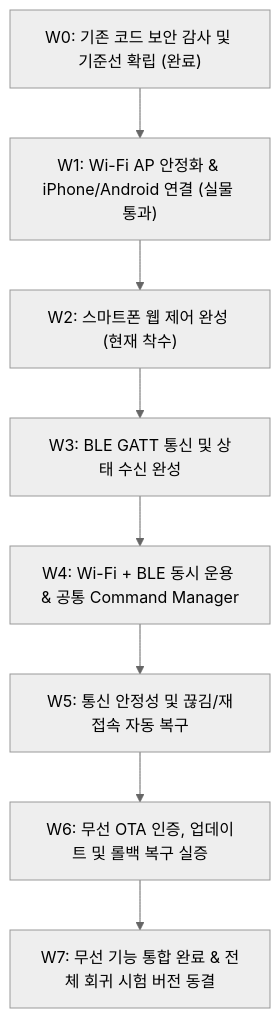
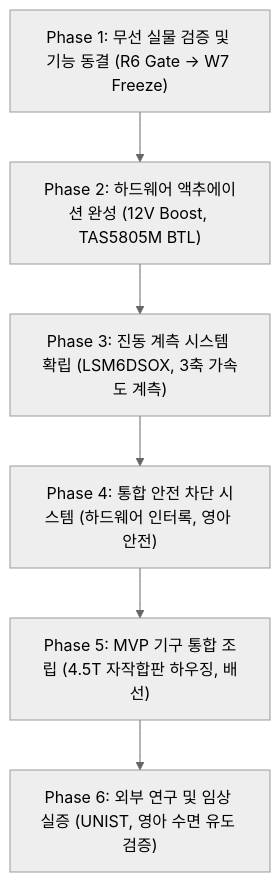
One commit to youngseokchomajn-web/MAJN_GEMINI changed the second of 2 diagrams in docs/MAJN_FIRMWARE_STABILIZATION_AND_VERIFICATION_MASTER_PLAN.md. Above: the diagram before and after it, drawn with Mermaid (neutral theme). The commit also changed other lines of this file and 1 other file, not shown here.

Commit message:
docs(master-plan): update v3.0 master roadmap covering background, R1-R5 remediation, and full future plan

````diff
--- a/docs/MAJN_FIRMWARE_STABILIZATION_AND_VERIFICATION_MASTER_PLAN.md
+++ b/docs/MAJN_FIRMWARE_STABILIZATION_AND_VERIFICATION_MASTER_PLAN.md
@@ -28,10 +106,11 @@
 ```mermaid
 flowchart TD
-    W0["W0: 기존 코드 보안 감사 및 기준선 확립 (완료)"] --> W1["W1: Wi-Fi AP 안정화 & iPhone/Android 연결 (실물 통과)"]
-    W1 --> W2["W2: 스마트폰 웹 제어 완성 (현재 착수)"]
-    W2 --> W3["W3: BLE GATT 통신 및 상태 수신 완성"]
-    W3 --> W4["W4: Wi-Fi + BLE 동시 운용 & 공통 Command Manager"]
-    W4 --> W5["W5: 통신 안정성 및 끊김/재접속 자동 복구"]
-    W5 --> W6["W6: 무선 OTA 인증, 업데이트 및 롤백 복구 실증"]
-    W6 --> W7["W7: 무선 기능 통합 완료 & 전체 회귀 시험 버전 동결"]
+    P1["Phase 1: 무선 실물 검증 및 기능 동결 (R6 Gate -> W7 Freeze)"]
+    P2["Phase 2: 하드웨어 액추에이션 완성 (12V Boost, TAS5805M BTL)"]
+    P3["Phase 3: 진동 계측 시스템 확립 (LSM6DSOX, 3축 가속도 계측)"]
+    P4["Phase 4: 통합 안전 차단 시스템 (하드웨어 인터록, 영아 안전)"]
+    P5["Phase 5: MVP 기구 통합 조립 (4.5T 자작합판 하우징, 배선)"]
+    P6["Phase 6: 외부 연구 및 임상 실증 (UNIST, 영아 수면 유도 검증)"]
+
+    P1 --> P2 --> P3 --> P4 --> P5 --> P6
 ```
````
